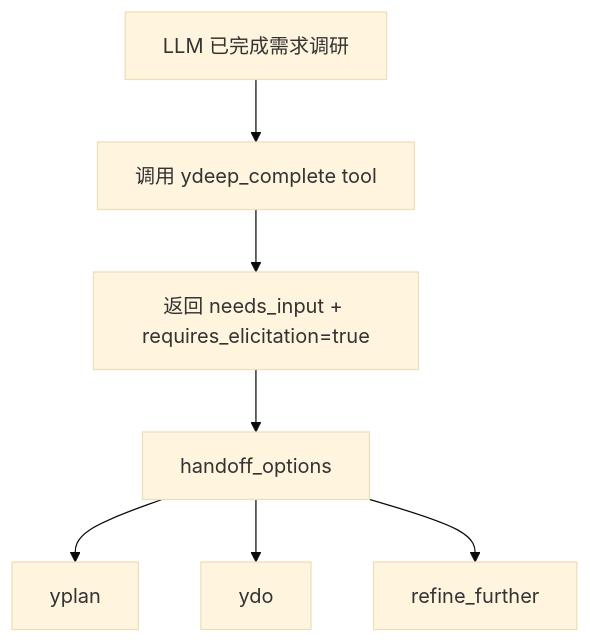
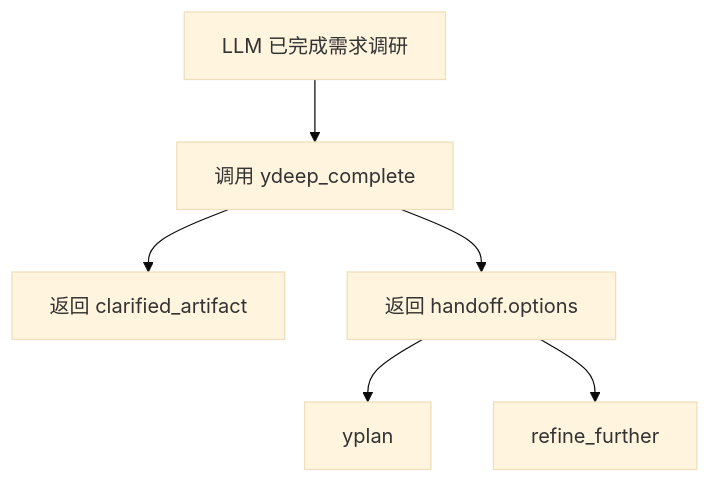
The second of 5 diagrams in docs/current-workflow-flowcharts.md (CodeyLife/Ymcp), drawn with Mermaid (base theme) before and after one commit. The commit also changed other lines of this file and 30 other files, not shown here.

````diff
--- a/docs/current-workflow-flowcharts.md
+++ b/docs/current-workflow-flowcharts.md
@@ -45,9 +33,8 @@
 ```mermaid
 flowchart TD
-    A[LLM 已完成需求调研] --> B[调用 ydeep_complete tool]
-    B --> C[返回 needs_input + requires_elicitation=true]
-    C --> D[handoff_options]
+    A[LLM 已完成需求调研] --> B[调用 ydeep_complete]
+    B --> C[返回 clarified_artifact]
+    B --> D[返回 handoff.options]
     D --> E[yplan]
-    D --> F[ydo]
-    D --> G[refine_further]
+    D --> F[refine_further]
 ```
````
